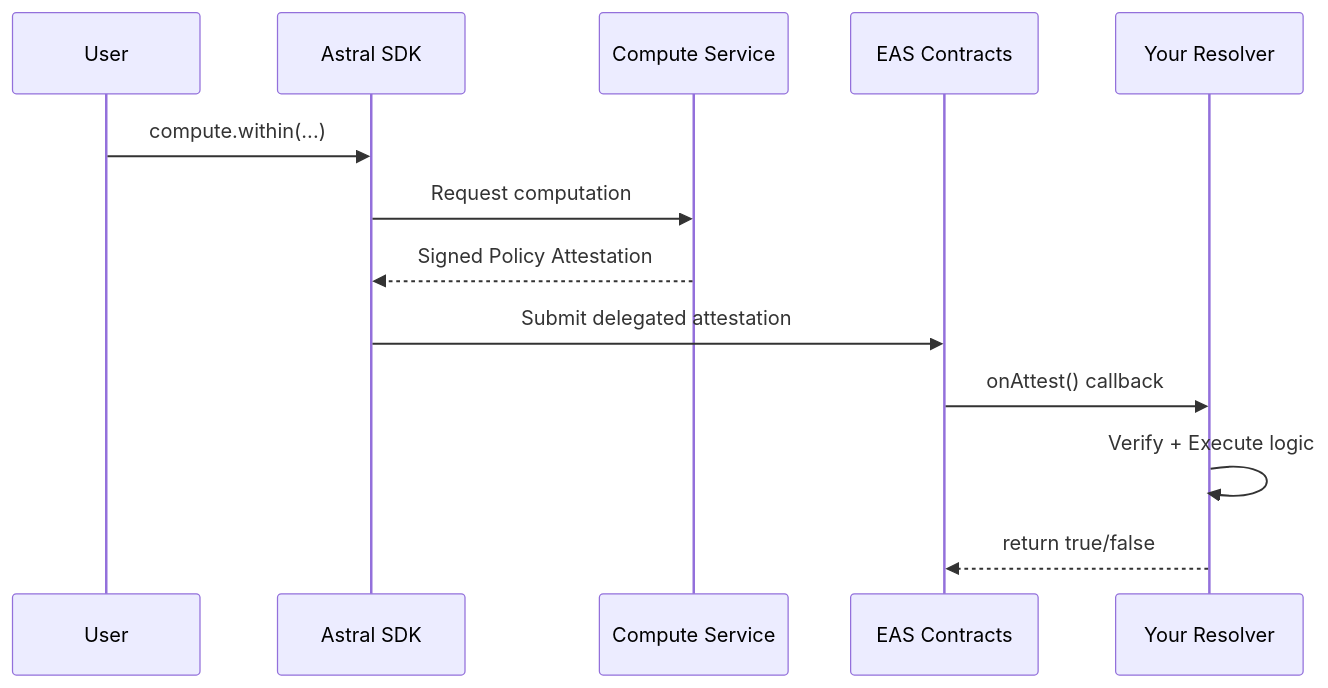
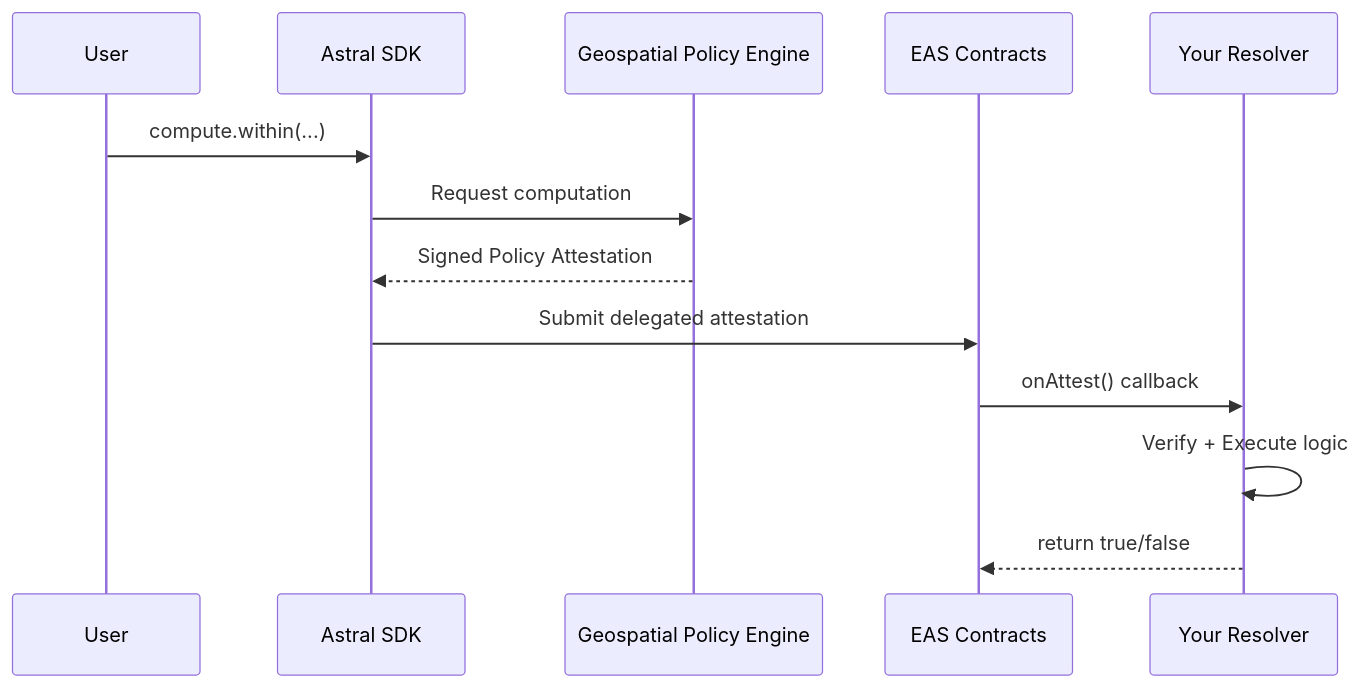
The diagram in concepts/eas-resolvers.mdx (AstralProtocol/mintlify-docs), drawn with Mermaid before and after one commit. The commit also changed other lines of this file, not shown here.

````diff
--- a/concepts/eas-resolvers.mdx
+++ b/concepts/eas-resolvers.mdx
@@ -24,16 +28,16 @@
 ```mermaid
 sequenceDiagram
     participant User
     participant SDK as Astral SDK
-    participant Astral as Compute Service
+    participant Engine as Geospatial Policy Engine
     participant EAS as EAS Contracts
     participant Resolver as Your Resolver
 
     User->>SDK: compute.within(...)
-    SDK->>Astral: Request computation
-    Astral-->>SDK: Signed Policy Attestation
+    SDK->>Engine: Request computation
+    Engine-->>SDK: Signed Policy Attestation
     SDK->>EAS: Submit delegated attestation
     EAS->>Resolver: onAttest() callback
     Resolver->>Resolver: Verify + Execute logic
     Resolver-->>EAS: return true/false
 ```
````
